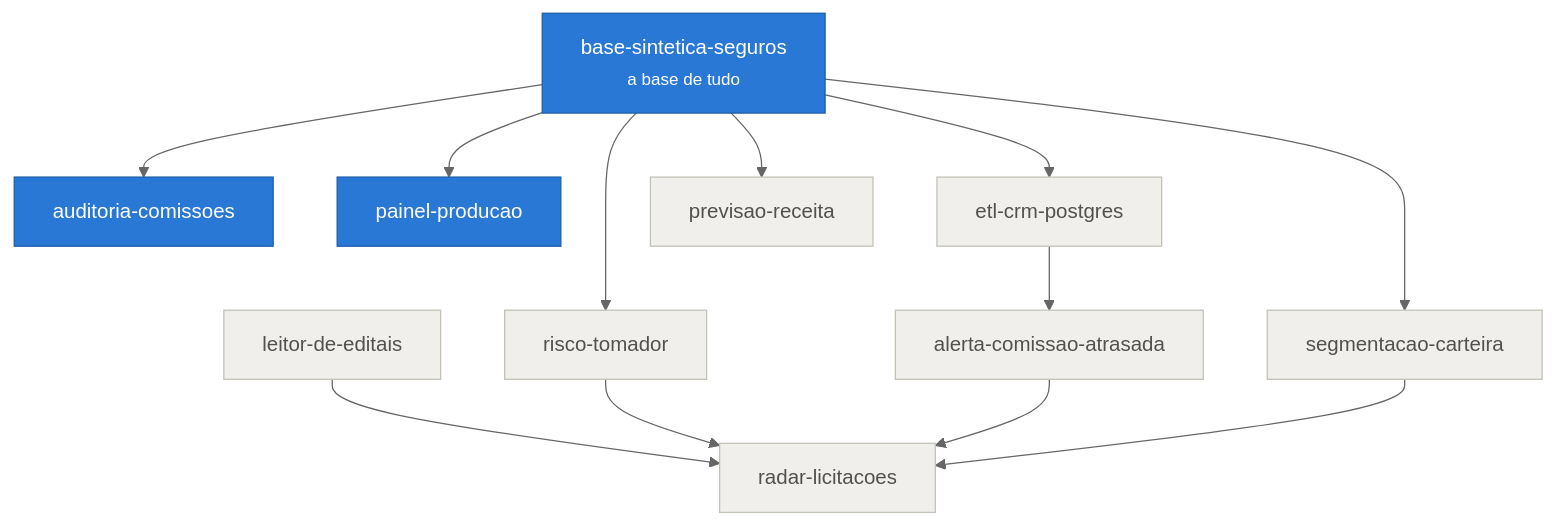
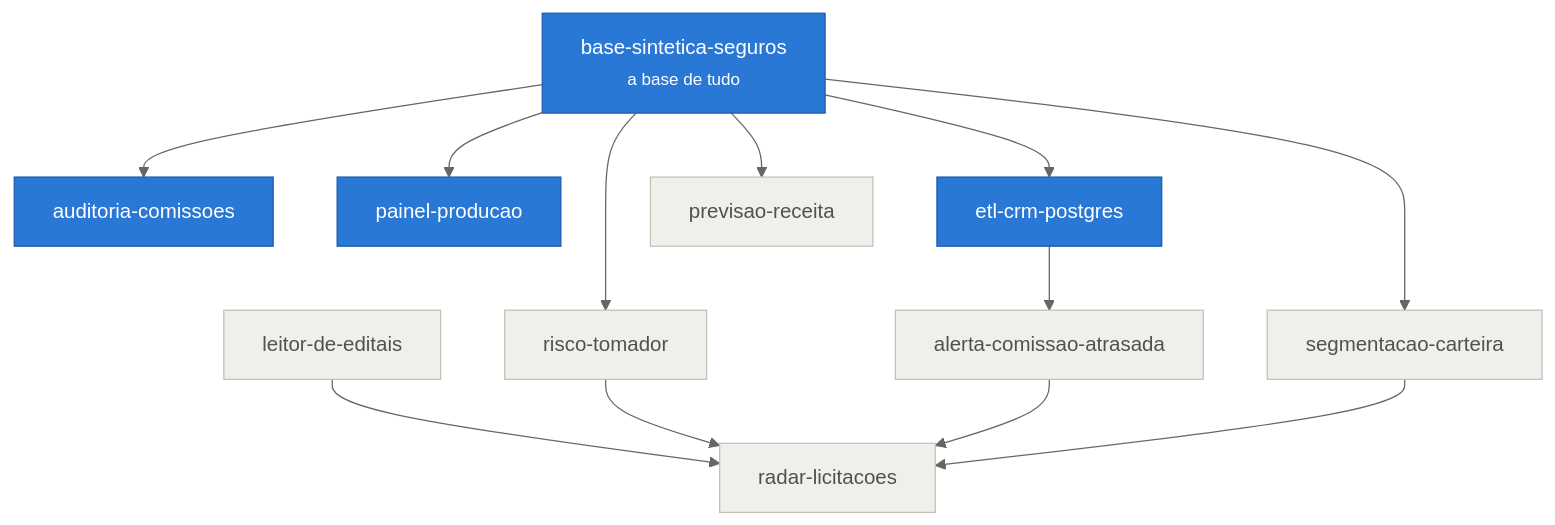
The diagram in README.md (Lucasnevesads/Lucasnevesads), drawn with Mermaid (neutral theme) before and after one commit. The commit also changed other lines of this file, not shown here.

Commit message:
Marca etl-crm-postgres como pronto na trilha

````diff
--- a/README.md
+++ b/README.md
@@ -32,20 +32,20 @@
 ```mermaid
 flowchart TD
     A["base-sintetica-seguros<br/><small>a base de tudo</small>"]:::pronto
 
     A --> B["auditoria-comissoes"]:::pronto
     A --> C["painel-producao"]:::pronto
-    A --> D["etl-crm-postgres"]:::fila
+    A --> D["etl-crm-postgres"]:::pronto
     A --> F["risco-tomador"]:::fila
     A --> G["previsao-receita"]:::fila
     A --> H["segmentacao-carteira"]:::fila
 
     D --> E["alerta-comissao-atrasada"]:::fila
     I["leitor-de-editais"]:::fila --> J["radar-licitacoes"]:::fila
     F --> J
     E --> J
     H --> J
 
     classDef pronto fill:#2a78d6,stroke:#1c5cab,color:#fff,stroke-width:1px
     classDef fila fill:#f0efec,stroke:#c3c2b7,color:#52514e,stroke-width:1px
 ```
````
